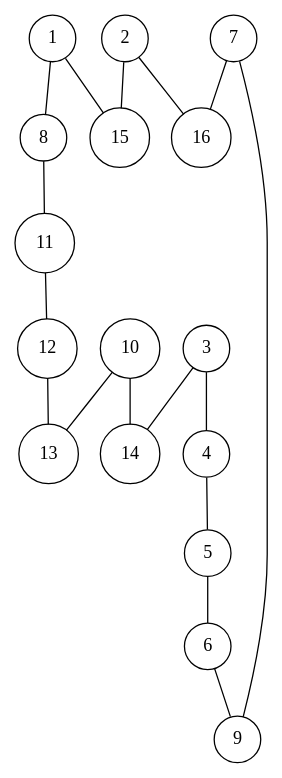
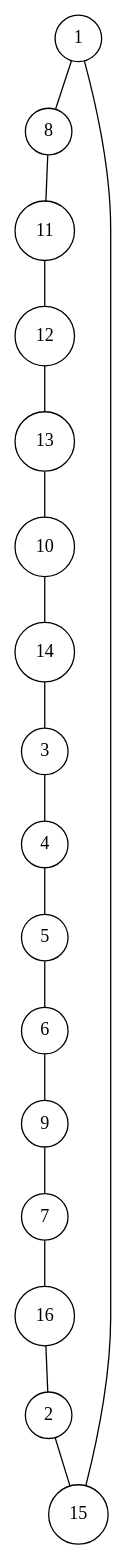
One commit to lugot/tsp-approximation changed the diagram in data_tsplib/ulysses16/ulysses16.dot. Above: the diagram before and after it, drawn with Graphviz. The commit also changed 28 other files, not shown here.

```diff
--- a/data_tsplib/ulysses16/ulysses16.dot
+++ b/data_tsplib/ulysses16/ulysses16.dot
@@ -1,36 +1,36 @@
 graph ulysses16 {
 	node [shape=circle fillcolor=white]
 	1 [ pos = "18.549600,9.905409!"]
 	2 [ pos = "19.194761,12.684938!"]
 	3 [ pos = "19.674994,12.282319!"]
 	4 [ pos = "17.589134,11.215135!"]
 	5 [ pos = "16.240602,5.112782!"]
 	6 [ pos = "18.219743,5.913170!"]
 	7 [ pos = "18.636915,6.359447!"]
 	8 [ pos = "18.200340,9.915110!"]
 	9 [ pos = "20.000000,4.414261!"]
 	10 [ pos = "19.970895,6.330342!"]
 	11 [ pos = "17.501819,-2.527286!"]
 	12 [ pos = "18.661169,7.339316!"]
 	13 [ pos = "18.505942,7.446034!"]
 	14 [ pos = "18.195489,7.358719!"]
 	15 [ pos = "17.215620,6.946398!"]
 	16 [ pos = "19.092894,9.488237!"]
 
 	1 -- 8
-	1 -- 15
 	2 -- 15
-	2 -- 16
 	3 -- 4
-	3 -- 14
 	4 -- 5
 	5 -- 6
 	6 -- 9
-	7 -- 9
 	7 -- 16
 	8 -- 11
-	10 -- 13
+	9 -- 7
 	10 -- 14
 	11 -- 12
 	12 -- 13
+	13 -- 10
+	14 -- 3
+	15 -- 1
+	16 -- 2
 }
```
